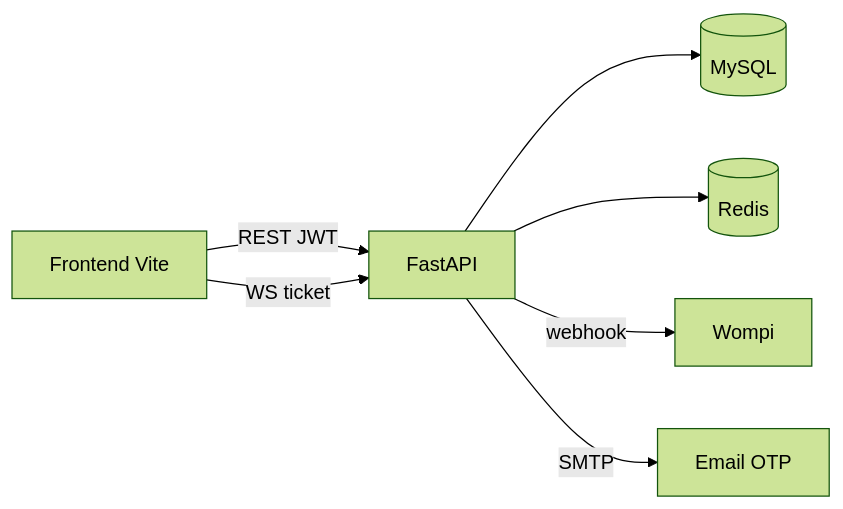
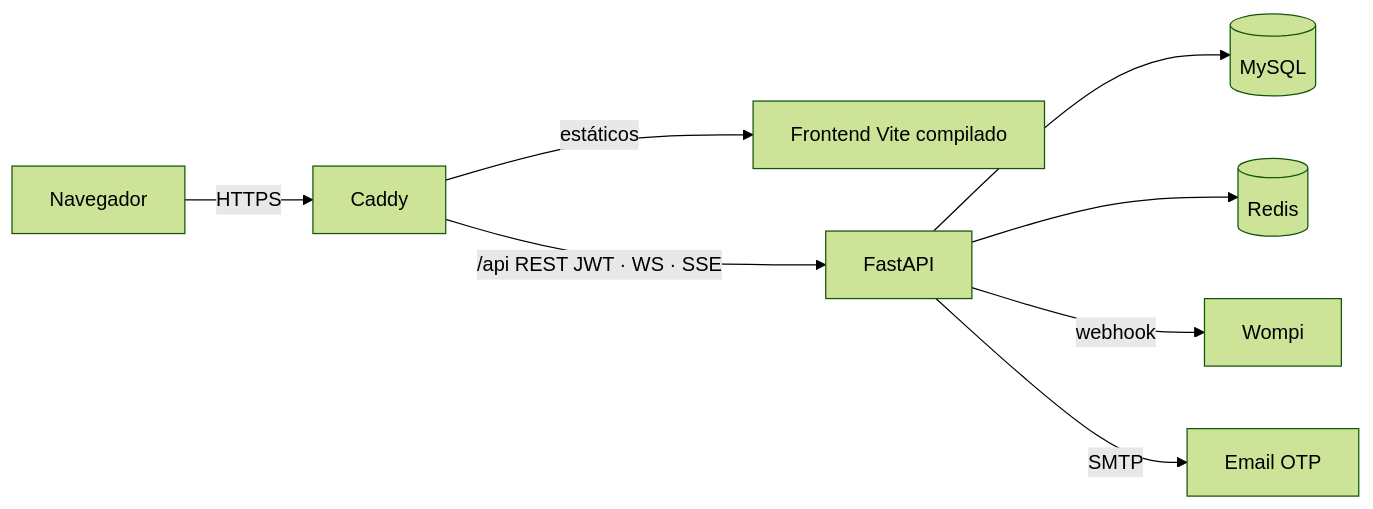
One commit to JuanEstebanAstaiza/ImportacionesQ8 changed the diagram in ImportacionesQ8V/00-Inicio/Arquitectura-Tecnologica.md. Above: the diagram before and after it, drawn with Mermaid (forest theme). The commit also changed other lines of this file and 43 other files, not shown here.

````diff
--- a/ImportacionesQ8V/00-Inicio/Arquitectura-Tecnologica.md
+++ b/ImportacionesQ8V/00-Inicio/Arquitectura-Tecnologica.md
@@ -33,9 +39,10 @@
 ```mermaid
 flowchart LR
-  FE[Frontend Vite] -->|REST JWT| API[FastAPI]
-  FE -->|WS ticket| API
+  U[Navegador] -->|HTTPS| C[Caddy]
+  C -->|estáticos| FE[Frontend Vite compilado]
+  C -->|/api REST JWT · WS · SSE| API[FastAPI]
   API --> DB[(MySQL)]
   API --> R[(Redis)]
   API -->|webhook| W[Wompi]
   API -->|SMTP| M[Email OTP]
 ```
````
